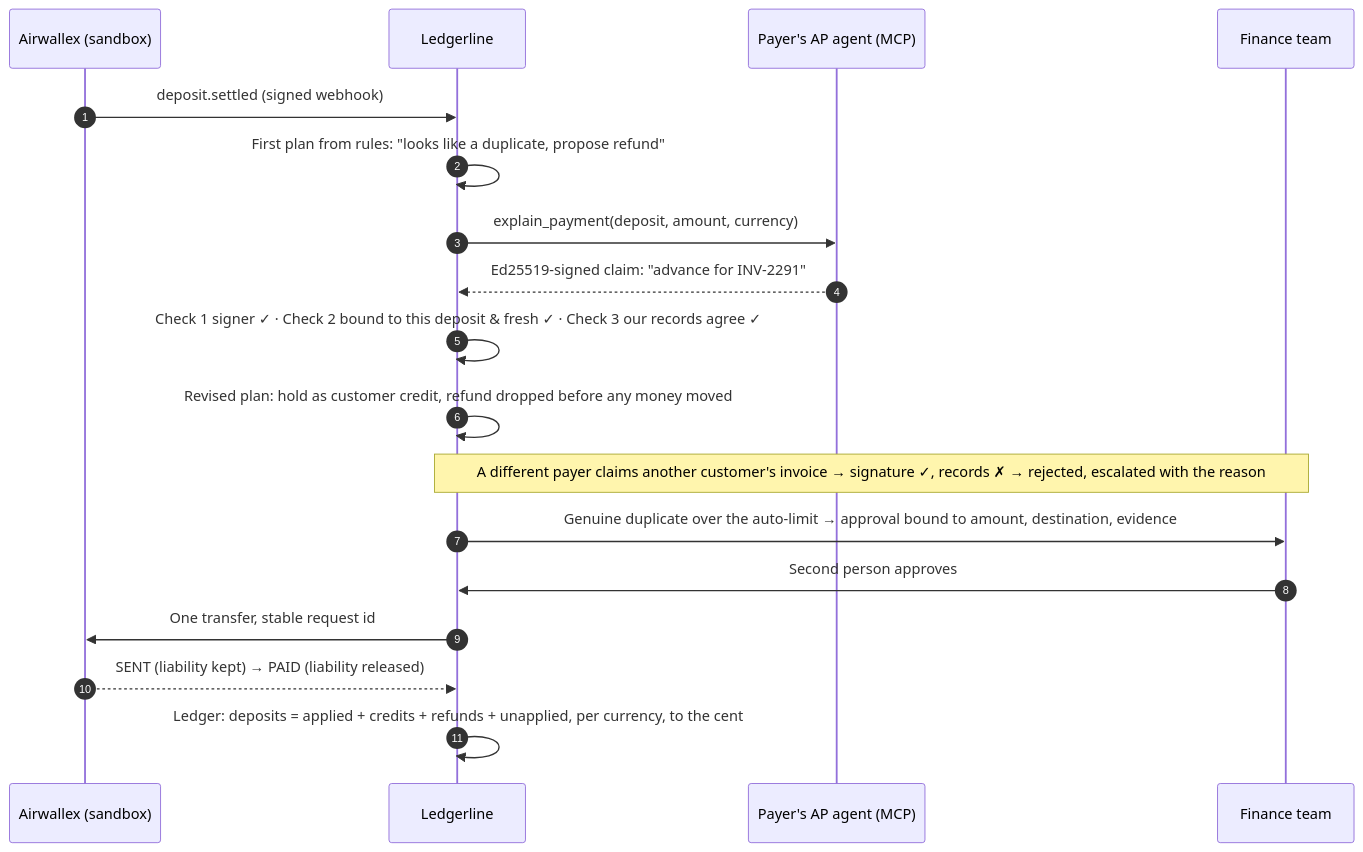
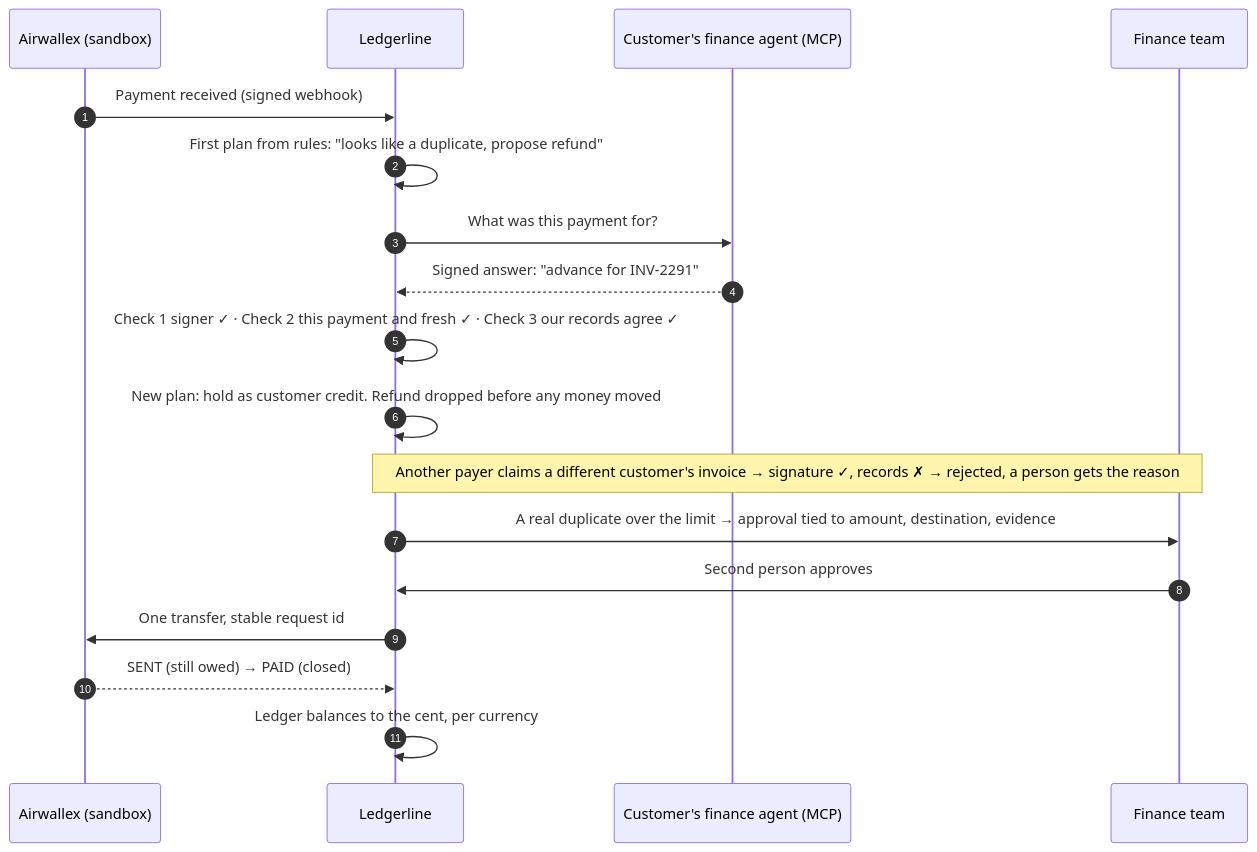
Before and after one commit to Lingu17/ledgerline: the first of 2 diagrams in README.md, drawn with Mermaid. The commit also changed other lines of this file, not shown here.

````diff
--- a/README.md
+++ b/README.md
@@ -42,20 +100,20 @@
 ```mermaid
 sequenceDiagram
     autonumber
     participant Bank as Airwallex (sandbox)
     participant L as Ledgerline
-    participant Agent as Payer's AP agent (MCP)
+    participant Agent as Customer's finance agent (MCP)
     participant Op as Finance team
-    Bank->>L: deposit.settled (signed webhook)
+    Bank->>L: Payment received (signed webhook)
     L->>L: First plan from rules: "looks like a duplicate, propose refund"
-    L->>Agent: explain_payment(deposit, amount, currency)
-    Agent-->>L: Ed25519-signed claim: "advance for INV-2291"
-    L->>L: Check 1 signer ✓ · Check 2 bound to this deposit & fresh ✓ · Check 3 our records agree ✓
-    L->>L: Revised plan: hold as customer credit, refund dropped before any money moved
-    Note over L,Op: A different payer claims another customer's invoice → signature ✓, records ✗ → rejected, escalated with the reason
-    L->>Op: Genuine duplicate over the auto-limit → approval bound to amount, destination, evidence
+    L->>Agent: What was this payment for?
+    Agent-->>L: Signed answer: "advance for INV-2291"
+    L->>L: Check 1 signer ✓ · Check 2 this payment and fresh ✓ · Check 3 our records agree ✓
+    L->>L: New plan: hold as customer credit. Refund dropped before any money moved
+    Note over L,Op: Another payer claims a different customer's invoice → signature ✓, records ✗ → rejected, a person gets the reason
+    L->>Op: A real duplicate over the limit → approval tied to amount, destination, evidence
     Op->>L: Second person approves
     L->>Bank: One transfer, stable request id
-    Bank-->>L: SENT (liability kept) → PAID (liability released)
-    L->>L: Ledger: deposits = applied + credits + refunds + unapplied, per currency, to the cent
+    Bank-->>L: SENT (still owed) → PAID (closed)
+    L->>L: Ledger balances to the cent, per currency
 ```
````
